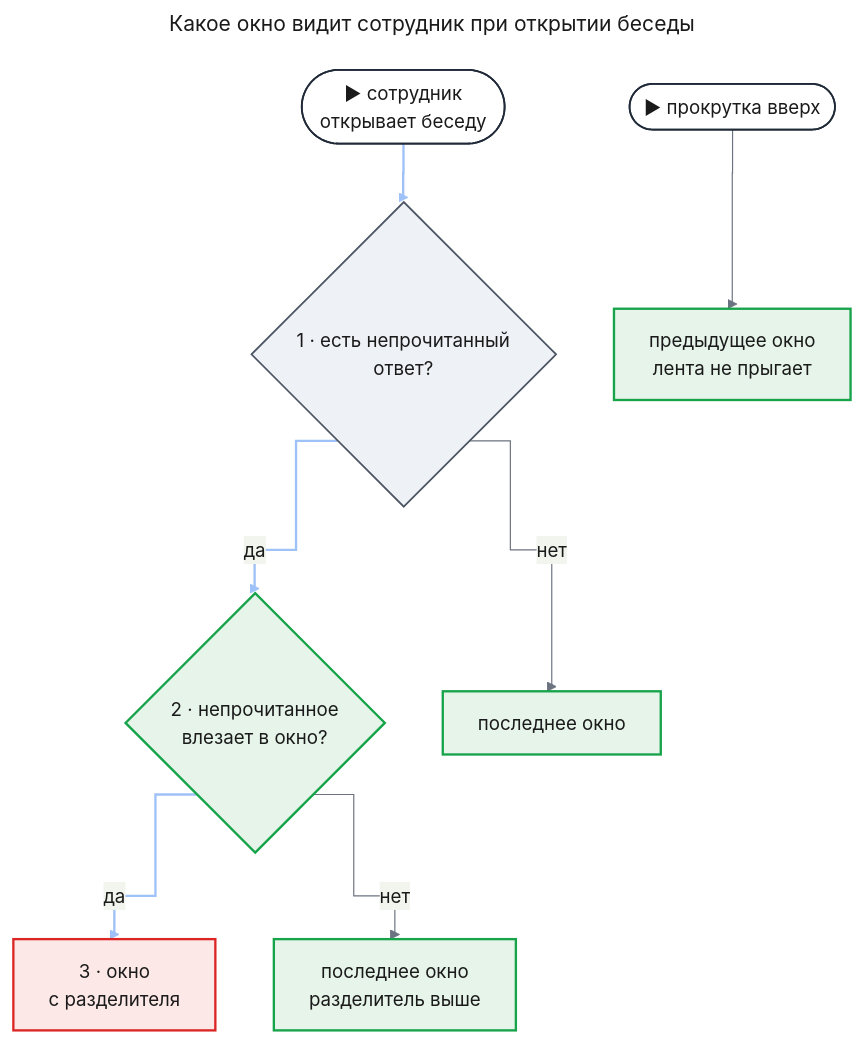
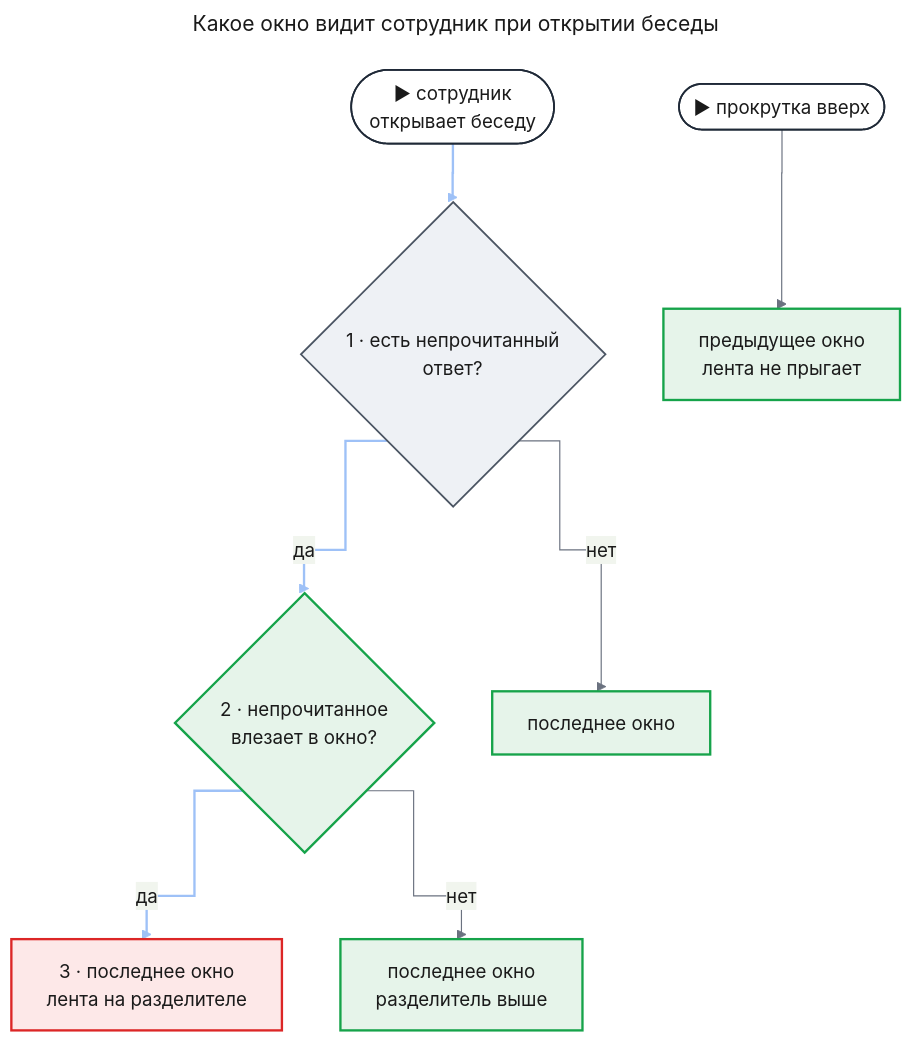
Before and after one commit to tundraray/agent-os: the second of 3 diagrams in docs/features/live-feed/prd.md, drawn with Mermaid. The commit also changed other lines of this file, not shown here.

````diff
--- a/docs/features/live-feed/prd.md
+++ b/docs/features/live-feed/prd.md
@@ -88,46 +89,46 @@
 ```mermaid
 ---
 title: "Какое окно видит сотрудник при открытии беседы"
 config:
   theme: base
   look: classic
   themeVariables:
     primaryColor: "#eef1f5"
     primaryBorderColor: "#4b5563"
     primaryTextColor: "#1a1a1a"
     lineColor: "#6b7280"
   flowchart:
     curve: step
   themeCSS: |
     @keyframes litr_lf2{0%,30%{stroke:#1d4ed8;stroke-width:6px}33.3%,100%{stroke:#9ec1f7;stroke-width:2px}}
 ---
 flowchart TB
     entry(["▶ сотрудник<br/>открывает беседу"])
     unread{"1 · есть непрочитанный<br/>ответ?"}
     fits{"2 · непрочитанное<br/>влезает в окно?"}
-    divider["3 · окно<br/>с разделителя"]
+    divider["3 · последнее окно<br/>лента на разделителе"]
     last["последнее окно"]
     lastfar["последнее окно<br/>разделитель выше"]
     up(["▶ прокрутка вверх"])
     older["предыдущее окно<br/>лента не прыгает"]
     entry e1@--> unread
     unread e2@-->|"да"| fits
     fits e3@-->|"да"| divider
     unread -->|"нет"| last
     fits -->|"нет"| lastfar
     up --> older
     classDef entry fill:#ffffff,stroke:#1f2937,stroke-width:1.5px,color:#1a1a1a
     classDef changed fill:#fde8e8,stroke:#dc2626,stroke-width:2px,color:#1a1a1a
     classDef new fill:#e6f4ea,stroke:#16a34a,stroke-width:2px,color:#1a1a1a
     classDef unchanged fill:#eef1f5,stroke:#4b5563,stroke-width:1.5px,color:#1a1a1a
     classDef r1 stroke:#9ec1f7,stroke-width:2px,animation:litr_lf2 3.6s linear 0s infinite
     classDef r2 stroke:#9ec1f7,stroke-width:2px,animation:litr_lf2 3.6s linear 1.2s infinite
     classDef r3 stroke:#9ec1f7,stroke-width:2px,animation:litr_lf2 3.6s linear 2.4s infinite
     class entry,up entry
     class unread unchanged
     class fits,last,lastfar,older new
     class divider changed
     class e1 r1
     class e2 r2
     class e3 r3
 ```
````
